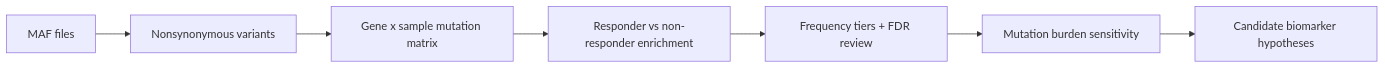
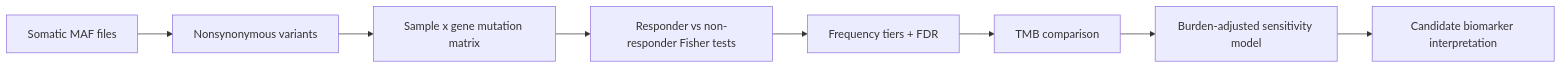
Before and after one commit to Caffeinated-Code/Precision_Oncology: the diagram in README.md, drawn with Mermaid. The commit also changed other lines of this file and 5 other files, not shown here.

````diff
--- a/README.md
+++ b/README.md
@@ -25,9 +37,10 @@
 ```mermaid
 flowchart LR
-    A["MAF files"] --> B["Nonsynonymous variants"]
-    B --> C["Gene x sample mutation matrix"]
-    C --> D["Responder vs non-responder enrichment"]
-    D --> E["Frequency tiers + FDR review"]
-    E --> F["Mutation burden sensitivity"]
-    F --> G["Candidate biomarker hypotheses"]
+    A["Somatic MAF files"] --> B["Nonsynonymous variants"]
+    B --> C["Sample x gene mutation matrix"]
+    C --> D["Responder vs non-responder Fisher tests"]
+    D --> E["Frequency tiers + FDR"]
+    E --> F["TMB comparison"]
+    F --> G["Burden-adjusted sensitivity model"]
+    G --> H["Candidate biomarker interpretation"]
 ```
````
